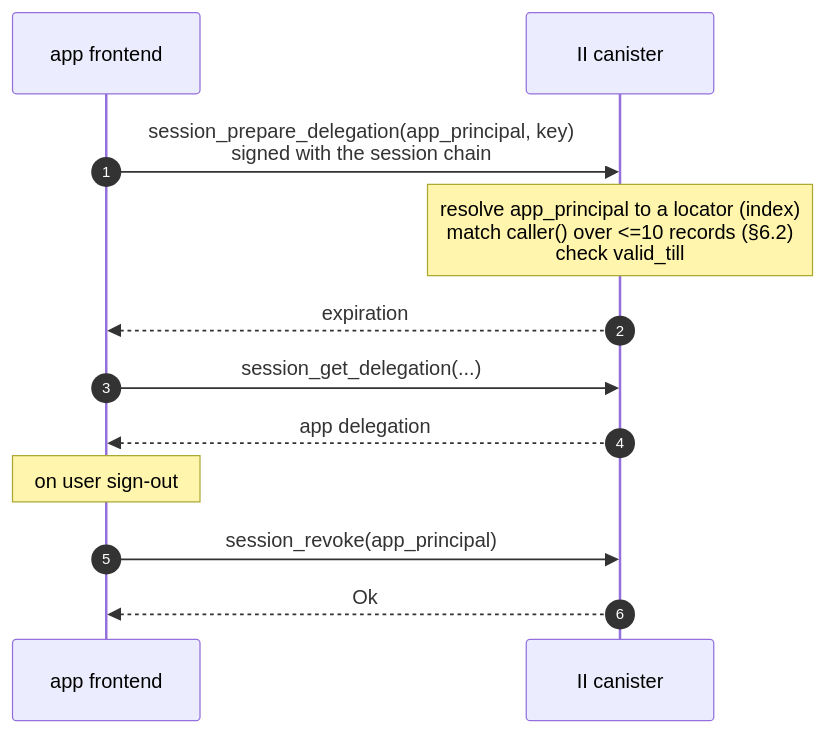
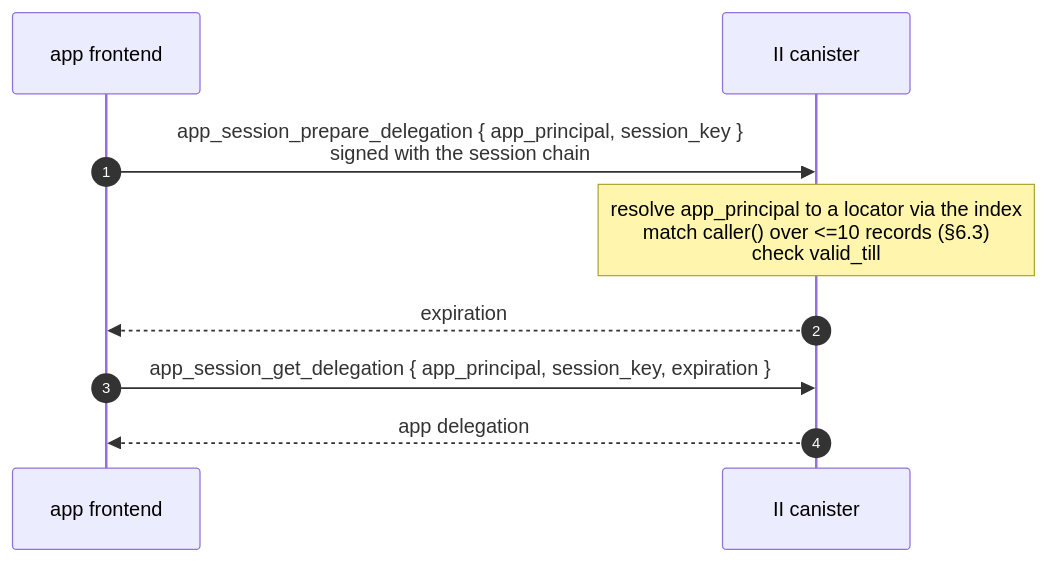
Before and after one commit to dfinity/internet-identity: the fifth of 7 diagrams in docs/ongoing/revocable-app-sessions.md, drawn with Mermaid. The commit also changed other lines of this file, not shown here.

````diff
--- a/docs/ongoing/revocable-app-sessions.md
+++ b/docs/ongoing/revocable-app-sessions.md
@@ -352,14 +272,11 @@
 ```mermaid
 sequenceDiagram
     autonumber
     participant App as app frontend
     participant IIC as II canister
-    App->>IIC: session_prepare_delegation(app_principal, key)<br/>signed with the session chain
-    Note over IIC: resolve app_principal to a locator (index)<br/>match caller() over <=10 records (§6.2)<br/>check valid_till
+    App->>IIC: app_session_prepare_delegation { app_principal, session_key }<br/>signed with the session chain
+    Note over IIC: resolve app_principal to a locator via the index<br/>match caller() over <=10 records (§6.3)<br/>check valid_till
     IIC-->>App: expiration
-    App->>IIC: session_get_delegation(...)
+    App->>IIC: app_session_get_delegation { app_principal, session_key, expiration }
     IIC-->>App: app delegation
-    Note over App: on user sign-out
-    App->>IIC: session_revoke(app_principal)
-    IIC-->>App: Ok
 ```
````
